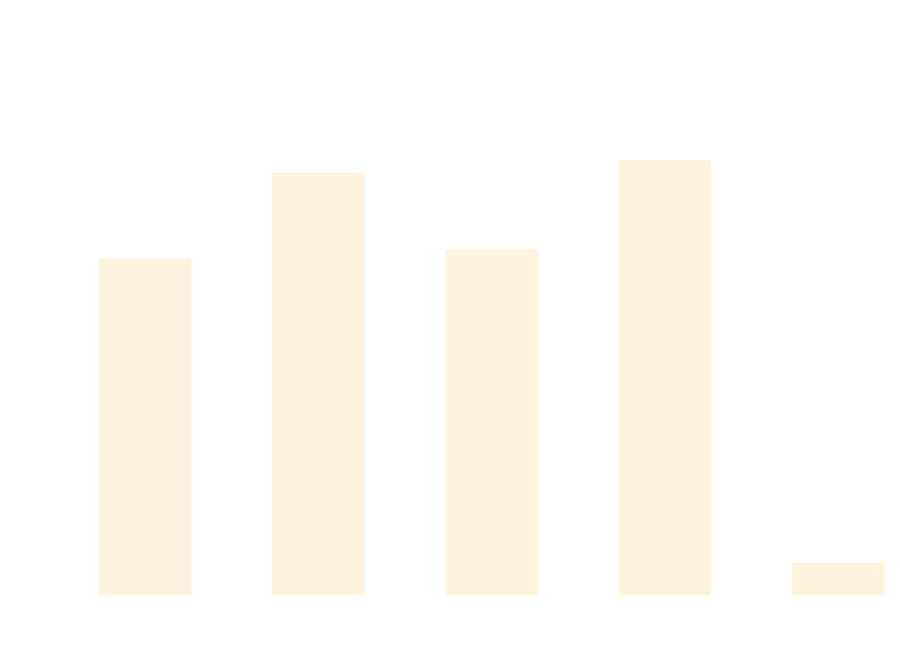
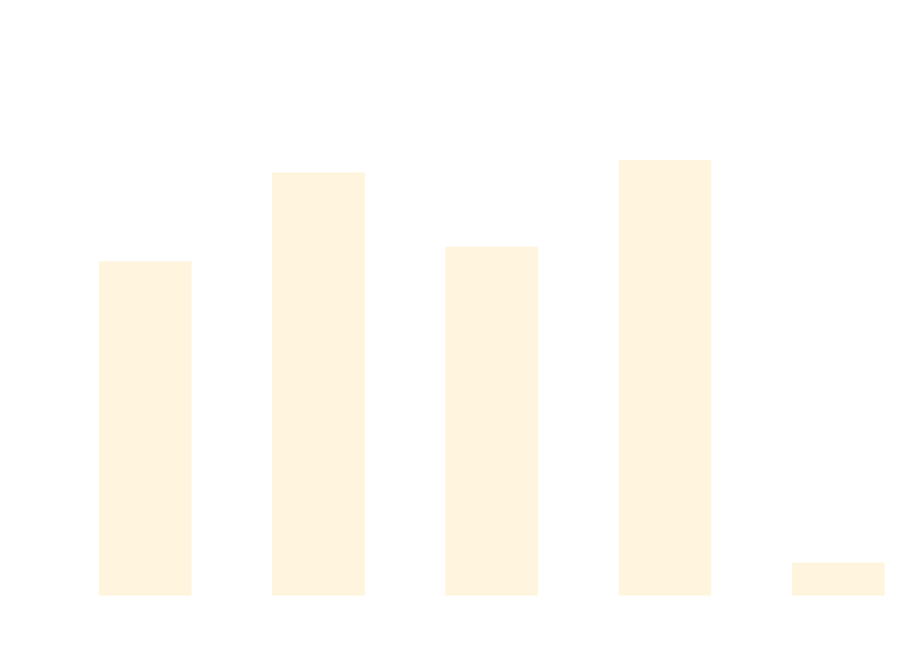
The diagram in docs/docs/benchmarks/ScaleTests.md (thomhurst/TUnit), drawn with Mermaid before and after one commit. The commit also changed other lines of this file and 17 other files, not shown here.

````diff
--- a/docs/docs/benchmarks/ScaleTests.md
+++ b/docs/docs/benchmarks/ScaleTests.md
@@ -27,37 +27,37 @@
 ```mermaid
 %%{init: {
   'theme':'base',
   'themeVariables': {
     'primaryColor': '#2563eb',
     'primaryTextColor': '#ffffff',
     'primaryBorderColor': '#1e40af',
     'lineColor': '#6b7280',
     'secondaryColor': '#7c3aed',
     'tertiaryColor': '#dc2626',
     'background': '#ffffff',
     'mainBkg': '#2563eb',
     'secondBkg': '#7c3aed',
     'tertiaryBkg': '#dc2626',
     'clusterBkg': '#f3f4f6',
     'edgeLabelBackground': '#ffffff',
     'tertiaryTextColor': '#1f2937',
     'pie1': '#2563eb',
     'pie2': '#7c3aed',
     'pie3': '#dc2626',
     'pie4': '#f59e0b',
     'pie5': '#10b981',
     'pie6': '#06b6d4',
     'pie7': '#ec4899',
     'pie8': '#6366f1',
     'pie9': '#84cc16',
     'pie10': '#f97316',
     'pie11': '#14b8a6',
     'pie12': '#a855f7'
   }
 }}%%
 xychart-beta
   title "ScaleTests Performance Comparison"
   x-axis ["TUnit", "NUnit", "MSTest", "xUnit3", "TUnit_AOT"]
-  y-axis "Time (ms)" 0 --> 700
-  bar [448.08, 565.76, 460.66, 582.69, 31.41]
+  y-axis "Time (ms)" 0 --> 727
+  bar [461.37, 587.71, 482.17, 605.6, 32.97]
 ```
````
